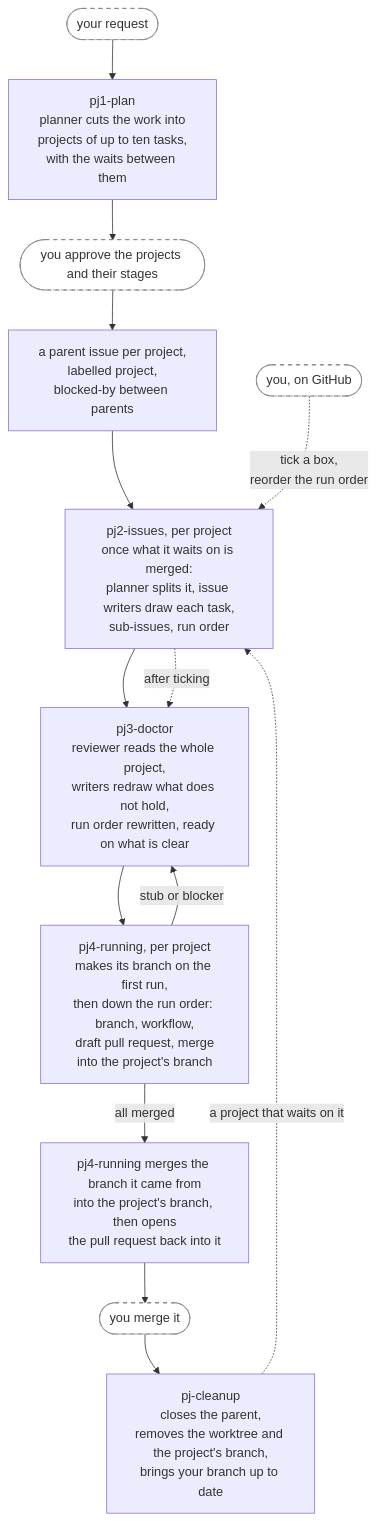
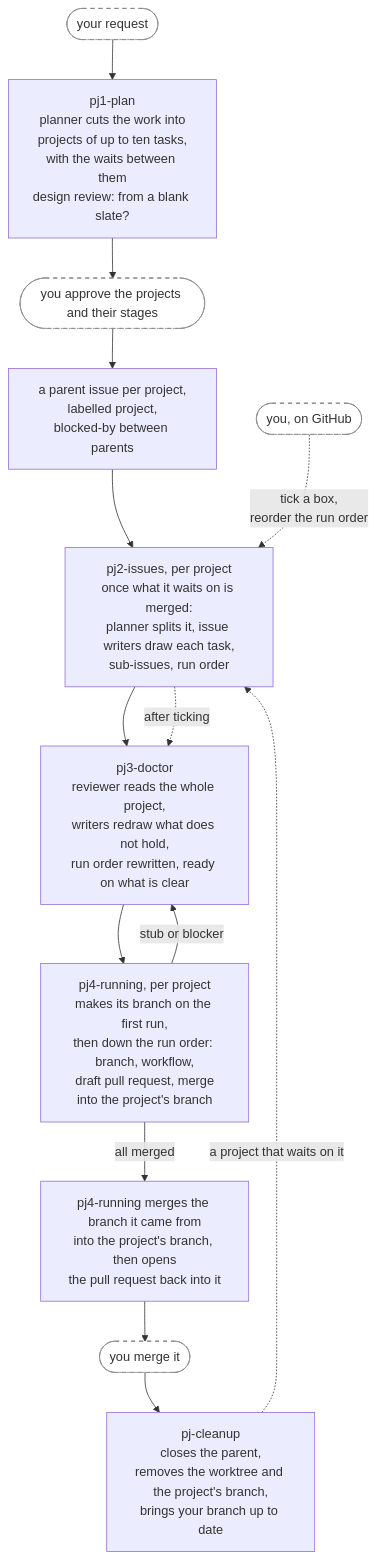
The third of 4 diagrams in plugins/annetaan/README.md (annetaan/claude-plugins), drawn with Mermaid before and after one commit. The commit also changed other lines of this file and 17 other files, not shown here.

First line of the commit message:
feat: catch behaviour carried over under a changed assumption, and add a design review to pj1-plan (#59)

````diff
--- a/plugins/annetaan/README.md
+++ b/plugins/annetaan/README.md
@@ -276,18 +284,18 @@
 ```mermaid
 flowchart TD
-    req(["your request"]) --> plan["pj1-plan<br/>planner cuts the work into<br/>projects of up to ten tasks,<br/>with the waits between them"]
+    req(["your request"]) --> plan["pj1-plan<br/>planner cuts the work into<br/>projects of up to ten tasks,<br/>with the waits between them<br/>design review: from a blank slate?"]
     plan --> approve(["you approve the projects and their stages"]) --> filed["a parent issue per project,<br/>labelled project,<br/>blocked-by between parents"]
     filed --> split["pj2-issues, per project<br/>once what it waits on is merged:<br/>planner splits it, issue writers draw each task,<br/>sub-issues, run order"]
     split --> doctor["pj3-doctor<br/>reviewer reads the whole project,<br/>writers redraw what does not hold,<br/>run order rewritten, ready on what is clear"]
     doctor --> run["pj4-running, per project<br/>makes its branch on the first run,<br/>then down the run order: branch, workflow,<br/>draft pull request, merge<br/>into the project's branch"]
     run -->|"stub or blocker"| doctor
     run -->|"all merged"| pr["pj4-running merges the branch it came from<br/>into the project's branch, then opens<br/>the pull request back into it"]
     pr --> done(["you merge it"]) --> cleanup["pj-cleanup<br/>closes the parent,<br/>removes the worktree and the project's branch,<br/>brings your branch up to date"]
     cleanup -.->|"a project that waits on it"| split
 
     you(["you, on GitHub"]) -.->|"tick a box,<br/>reorder the run order"| split
     split -.->|"after ticking"| doctor
 
     classDef human fill:#fff,stroke:#888,stroke-dasharray: 5 5
     class req,approve,you,done human
 ```
````
